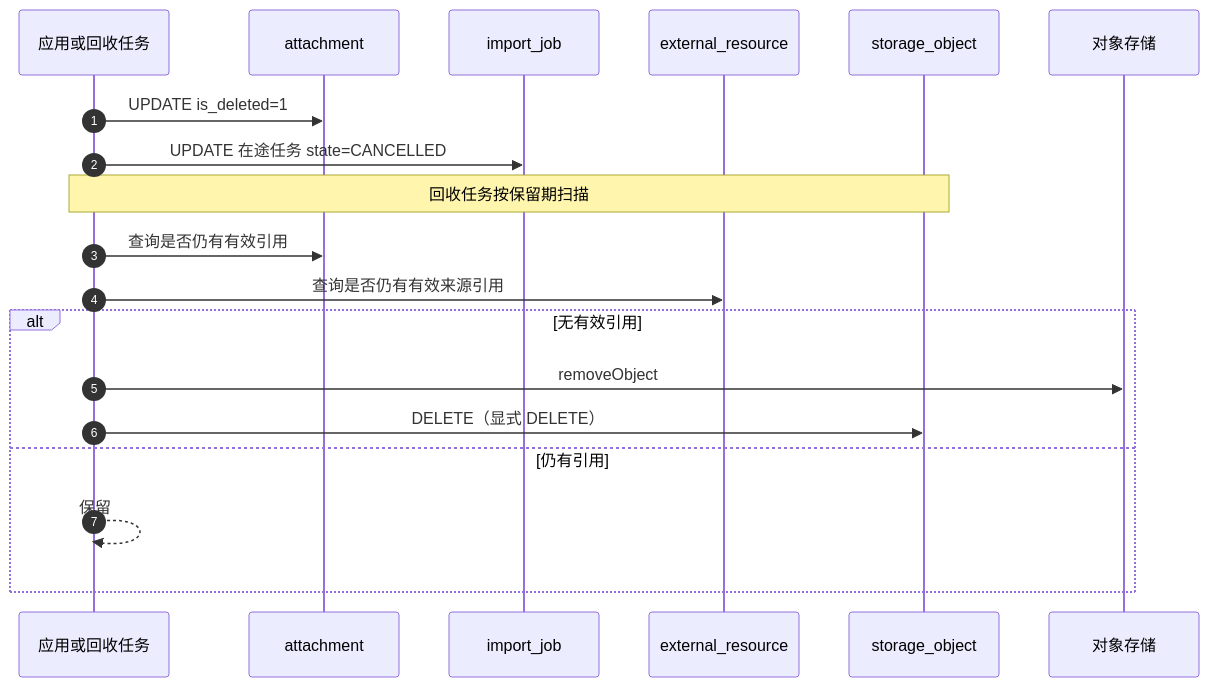
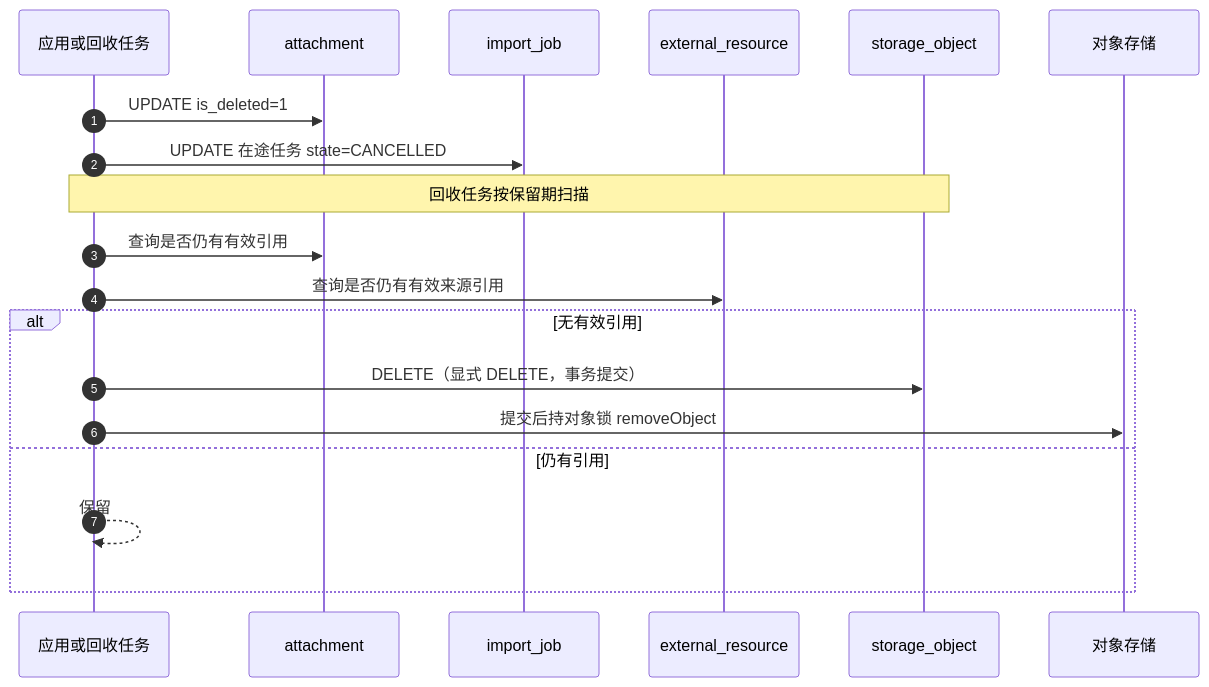
Before and after one commit to lys1313013/aio-life-server: the sixth of 7 diagrams in docs/附件与来源表设计.md, drawn with Mermaid. The commit also changed other lines of this file and 5 other files, not shown here.

````diff
--- a/docs/附件与来源表设计.md
+++ b/docs/附件与来源表设计.md
@@ -636,22 +628,22 @@
 ```mermaid
 sequenceDiagram
     autonumber
     participant A as 应用或回收任务
     participant AR as attachment
     participant IJ as import_job
     participant ER as external_resource
     participant SO as storage_object
     participant M as 对象存储
 
     A->>AR: UPDATE is_deleted=1
     A->>IJ: UPDATE 在途任务 state=CANCELLED
     Note over A,SO: 回收任务按保留期扫描
     A->>AR: 查询是否仍有有效引用
     A->>ER: 查询是否仍有有效来源引用
     alt 无有效引用
-        A->>M: removeObject
-        A->>SO: DELETE（显式 DELETE）
+        A->>SO: DELETE（显式 DELETE，事务提交）
+        A->>M: 提交后持对象锁 removeObject
     else 仍有引用
         A-->>A: 保留
     end
 ```
````
